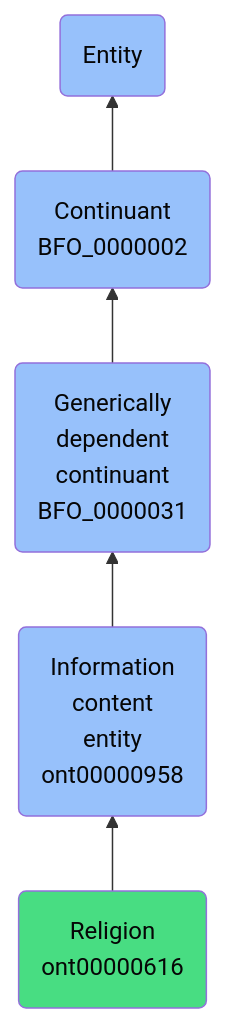
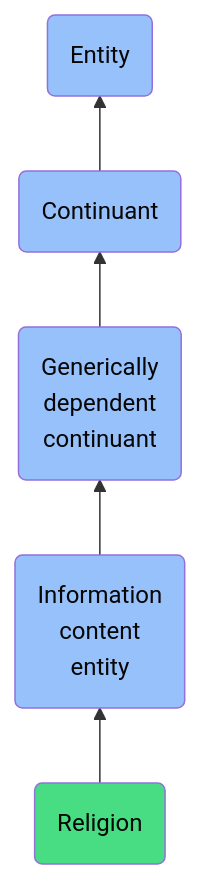
The diagram in docs/ontology/reference/model/Entity/Continuant/Generically dependent continuant/Information content entity/Religion/Religion.md (jupyter-naas/abi), drawn with Mermaid before and after one commit. The commit also changed other lines of this file and 1430 other files, not shown here.

````diff
--- a/docs/ontology/reference/model/Entity/Continuant/Generically dependent continuant/Information content entity/Religion/Religion.md
+++ b/docs/ontology/reference/model/Entity/Continuant/Generically dependent continuant/Information content entity/Religion/Religion.md
@@ -24,12 +24,12 @@
 ```mermaid
 graph BT
-    ont00000616(Religion<br>ont00000616):::ABI-->ont00000958
-    ont00000958(Information<br>content<br>entity<br>ont00000958):::BFO-->BFO_0000031
-    BFO_0000031(Generically<br>dependent<br>continuant<br>BFO_0000031):::BFO-->BFO_0000002
-    BFO_0000002(Continuant<br>BFO_0000002):::BFO-->BFO_0000001
+    ont00000616(Religion):::ABI-->ont00000958
+    ont00000958(Information<br>content<br>entity):::BFO-->BFO_0000031
+    BFO_0000031(Generically<br>dependent<br>continuant):::BFO-->BFO_0000002
+    BFO_0000002(Continuant):::BFO-->BFO_0000001
     BFO_0000001(Entity):::BFO
     
     classDef BFO fill:#97c1fb,color:#060606
     classDef CCO fill:#e4c51e,color:#060606
     classDef ABI fill:#48DD82,color:#060606
 ```
````
